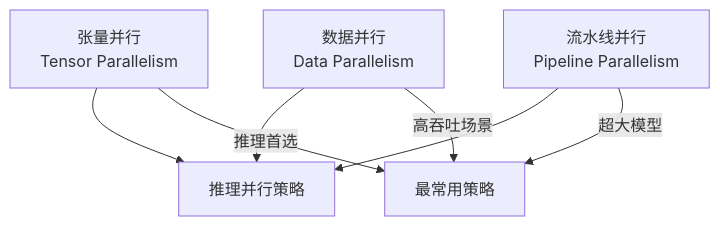
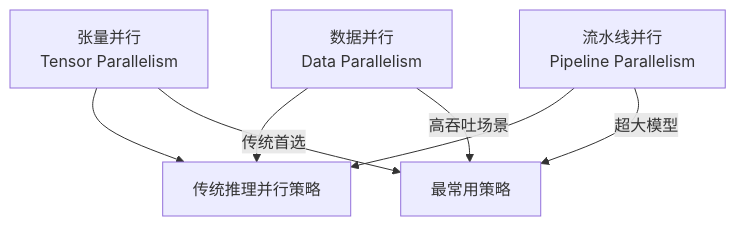
One commit to Xunzhuo/mini-sglang changed the third of 9 diagrams in learning/website/docs/basics/19-distributed-inference.md. Above: the diagram before and after it, drawn with Mermaid. The commit also changed other lines of this file and 9 other files, not shown here.

````diff
--- a/learning/website/docs/basics/19-distributed-inference.md
+++ b/learning/website/docs/basics/19-distributed-inference.md
@@ -54,10 +124,10 @@
 ```mermaid
 graph TB
-    DP[数据并行<br>Data Parallelism] --> Inference[推理并行策略]
+    DP[数据并行<br>Data Parallelism] --> Inference[传统推理并行策略]
     TP[张量并行<br>Tensor Parallelism] --> Inference
     PP[流水线并行<br>Pipeline Parallelism] --> Inference
     
-    TP --> |推理首选| Best[最常用策略]
+    TP --> |传统首选| Best[最常用策略]
     PP --> |超大模型| Best
     DP --> |高吞吐场景| Best
 ```
````
